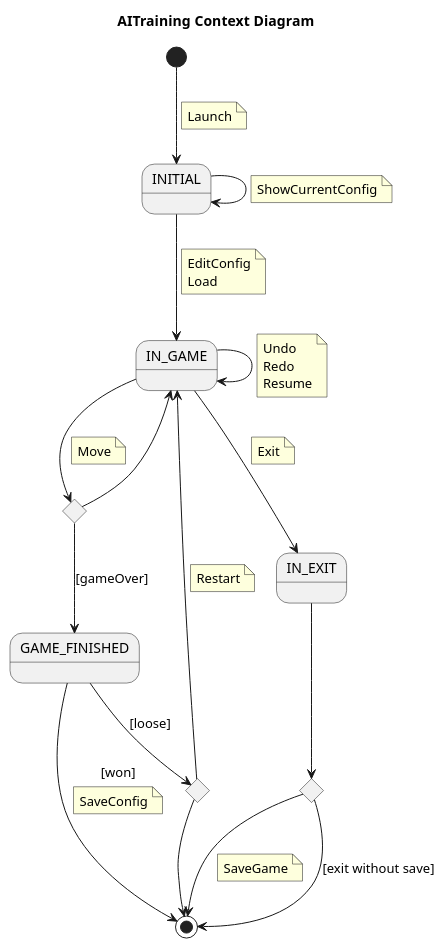
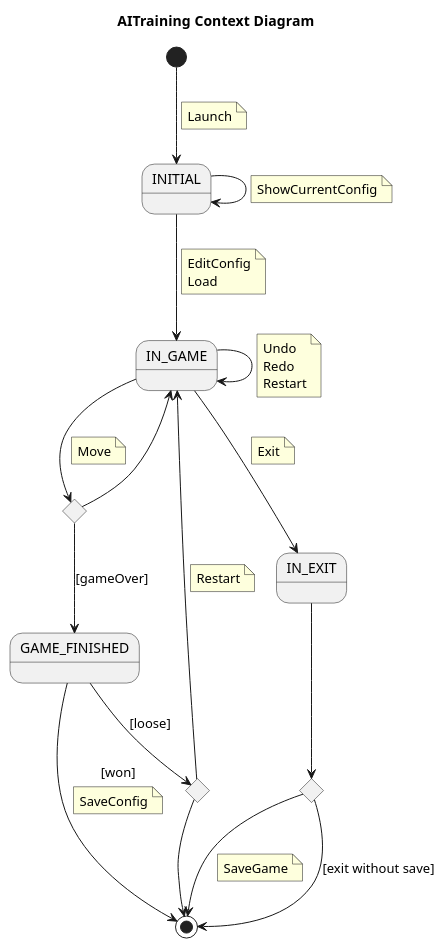
One commit to Master-Desarrollo-20-21/patrones-diseno---practica-final---juego-de-las-damas-fraylopez changed the diagram in docs/src/use-cases/context/ai-training-context.plantuml. Above: the diagram before and after it, drawn with PlantUML. The commit also changed 1 other file, not shown here.

Commit message:
add restart to in_game

```diff
--- a/docs/src/use-cases/context/ai-training-context.plantuml
+++ b/docs/src/use-cases/context/ai-training-context.plantuml
@@ -1,66 +1,66 @@
 @startuml AITrainingContextDiagram
 title AITraining Context Diagram
 state INITIAL
 state IN_GAME
 state GAME_FINISHED
 state IF <<choice>>
 state IF2 <<choice>>
 state IF3 <<choice>>
 
 [*] --> INITIAL
 note on link
     Launch
 end note
 
 INITIAL --> INITIAL
     note on link
         ShowCurrentConfig
     end note
 
 INITIAL --> IN_GAME
     note on link
         EditConfig
         Load
     end note
 IN_GAME --> IN_GAME
     note on link
         Undo
         Redo
-        Resume
+        Restart
     end note
 
 IN_GAME --> IF3
     note on link
         Move
     end note
 
 IF3 --> IN_GAME
 IF3 --> GAME_FINISHED : [gameOver]
 
 IN_EXIT -->IF
 IF -->[*]
     note on link
         SaveGame
     end note
 
 IF --> [*] : [exit without save]
 
 IN_GAME -->IN_EXIT
     note on link
         Exit
     end note
 
 GAME_FINISHED --> IF2 : [loose]
 
 IF2 --> IN_GAME
     note on link
         Restart
     end note
 
 GAME_FINISHED --> [*] : [won]
     note on link
         SaveConfig
     end note
 IF2 --> [*]
 
 @enduml
```
